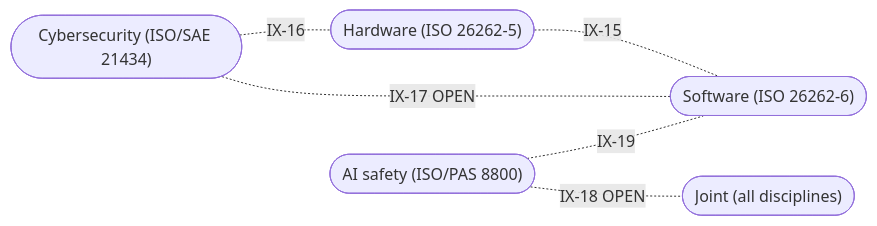
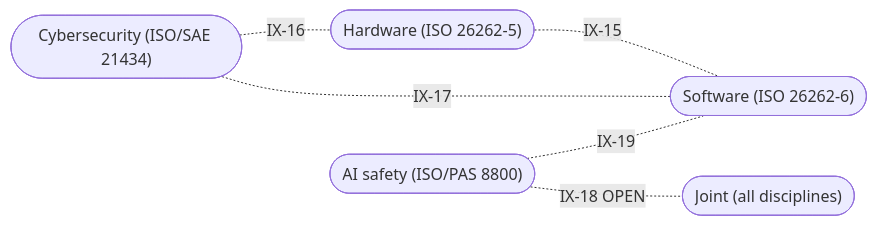
The second of 2 diagrams in assurance/process/maps/g3-hw-sw-development.md (jherrodthomas/LionDriver), drawn with Mermaid before and after one commit. The commit also changed other lines of this file and 11 other files, not shown here.

````diff
--- a/assurance/process/maps/g3-hw-sw-development.md
+++ b/assurance/process/maps/g3-hw-sw-development.md
@@ -92,13 +92,13 @@
 ```mermaid
 flowchart LR
   joint(["Joint (all disciplines)"])
   hw(["Hardware (ISO 26262-5)"])
   sw(["Software (ISO 26262-6)"])
   ai(["AI safety (ISO/PAS 8800)"])
   cs(["Cybersecurity (ISO/SAE 21434)"])
   hw -. "IX-15" .- sw
   cs -. "IX-16" .- hw
-  cs -. "IX-17 OPEN" .- sw
+  cs -. "IX-17" .- sw
   ai -. "IX-18 OPEN" .- joint
   ai -. "IX-19" .- sw
 ```
````
